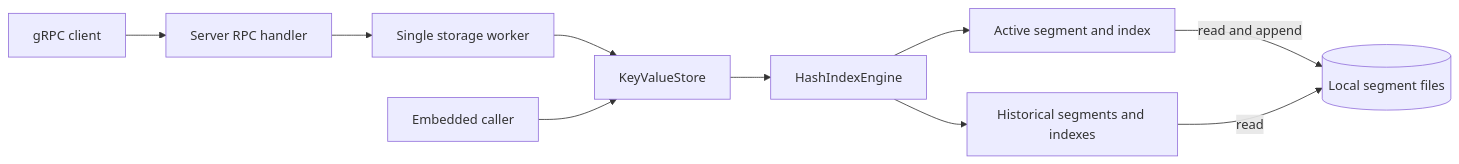
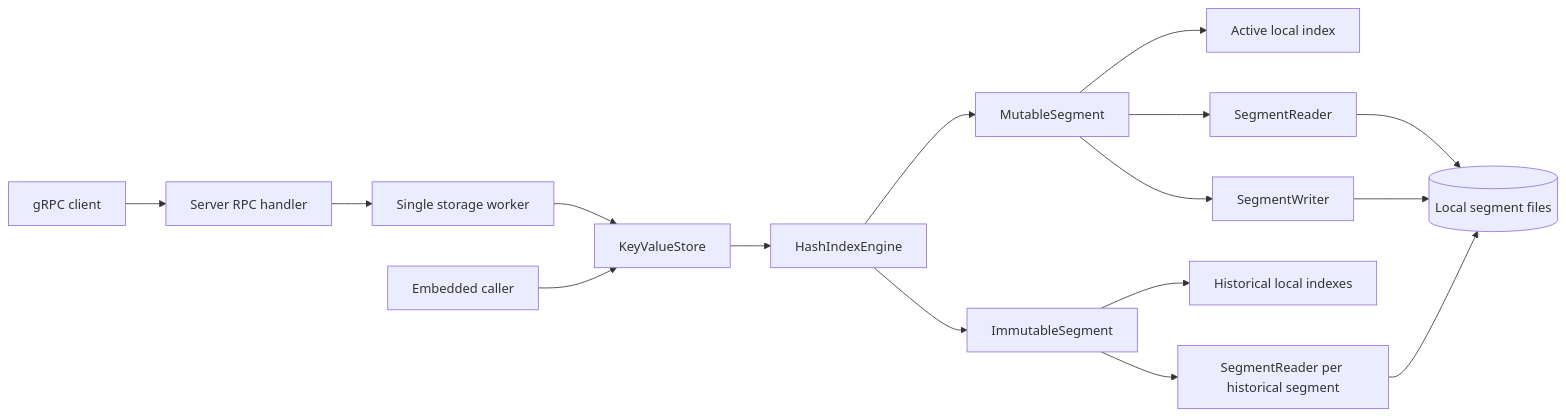
Before and after one commit to ryszardzmija/shaledb: the diagram in docs/architecture.md, drawn with Mermaid. The commit also changed other lines of this file and 25 other files, not shown here.

````diff
--- a/docs/architecture.md
+++ b/docs/architecture.md
@@ -5,12 +5,18 @@
 ```mermaid
 flowchart LR
     Client[gRPC client] --> Service[Server RPC handler]
     Service --> Worker[Single storage worker]
     Worker --> Store[KeyValueStore]
     Embedded[Embedded caller] --> Store
     Store --> Engine[HashIndexEngine]
-    Engine --> Active[Active segment and index]
-    Engine --> History[Historical segments and indexes]
-    Active -->|read and append| Files[(Local segment files)]
-    History -->|read| Files
+    Engine --> Active[MutableSegment]
+    Engine --> History[ImmutableSegment]
+    Active --> ActiveIndex[Active local index]
+    History --> HistoryIndexes[Historical local indexes]
+    Active --> ActiveReader[SegmentReader]
+    History --> HistoryReaders[SegmentReader per historical segment]
+    Active --> Writer[SegmentWriter]
+    ActiveReader --> Files[(Local segment files)]
+    HistoryReaders --> Files
+    Writer --> Files
 ```
````
